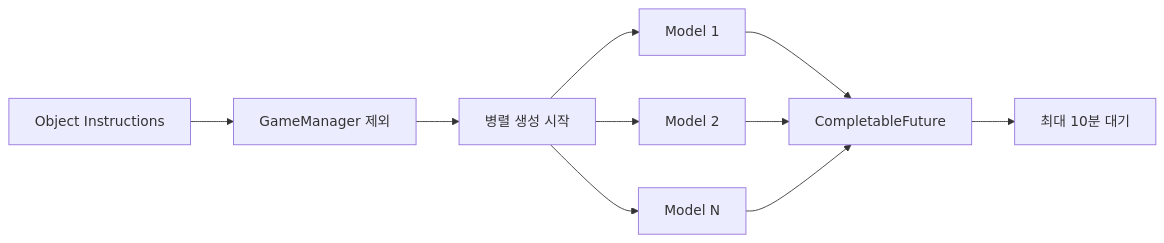
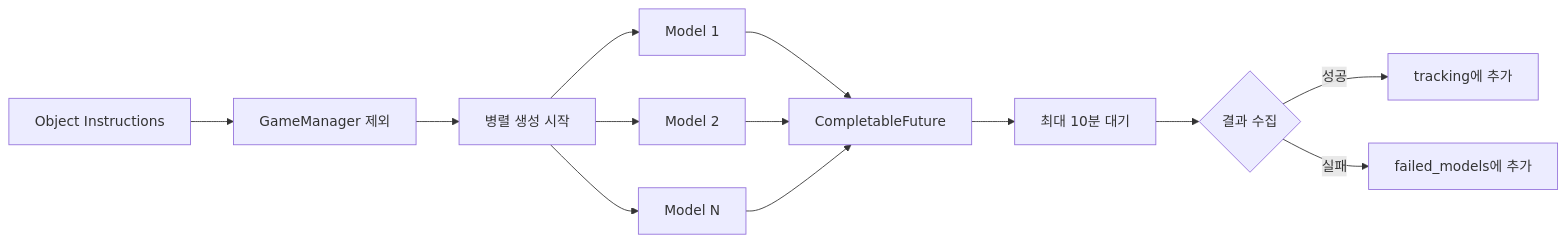
The second of 2 diagrams in backend/room-service.md (Febriez/eroom-docs), drawn with Mermaid before and after one commit. The commit also changed other lines of this file and 3 other files, not shown here.

````diff
--- a/backend/room-service.md
+++ b/backend/room-service.md
@@ -142,15 +135,18 @@
 ```mermaid
 graph LR
     A[Object Instructions] --> B[GameManager 제외]
     B --> C[병렬 생성 시작]
     
     C --> D1[Model 1]
     C --> D2[Model 2]
     C --> D3[Model N]
     
     D1 --> E[CompletableFuture]
     D2 --> E
     D3 --> E
     
     E --> F[최대 10분 대기]
+    F --> G{결과 수집}
+    G -->|성공| H[tracking에 추가]
+    G -->|실패| I[failed_models에 추가]
 ```
````
